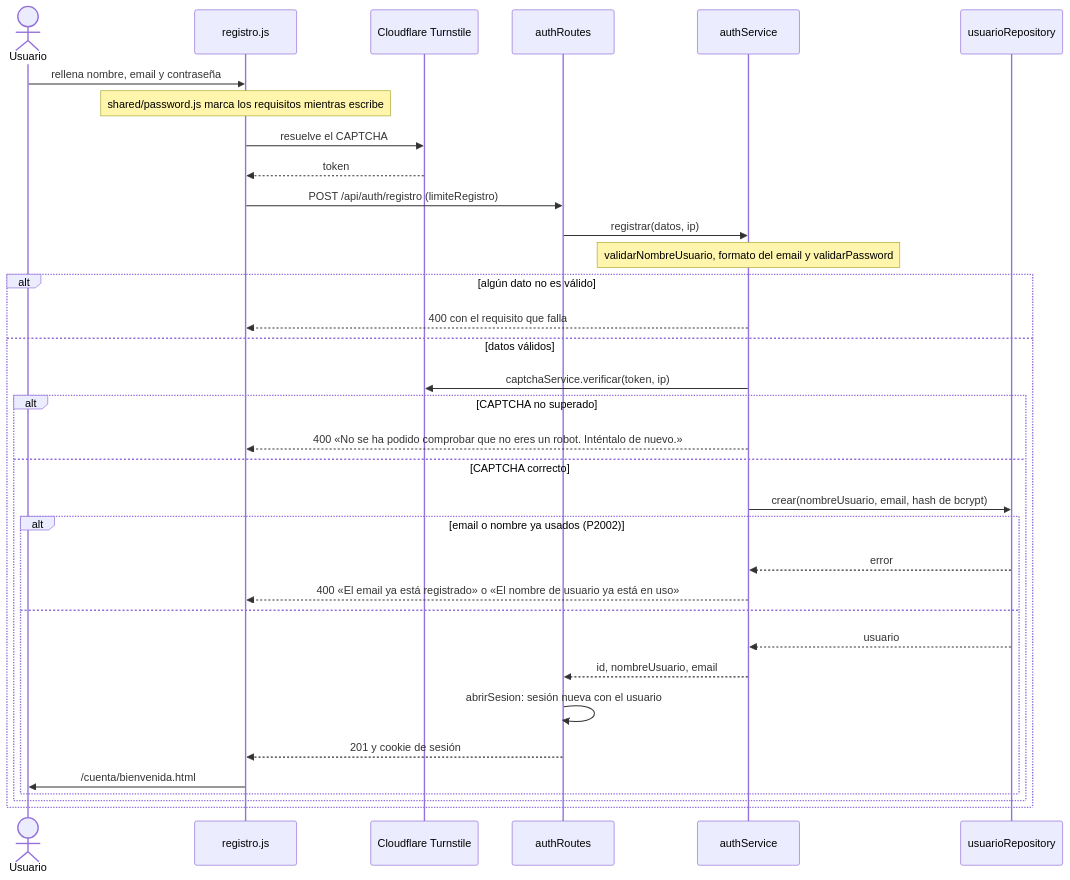
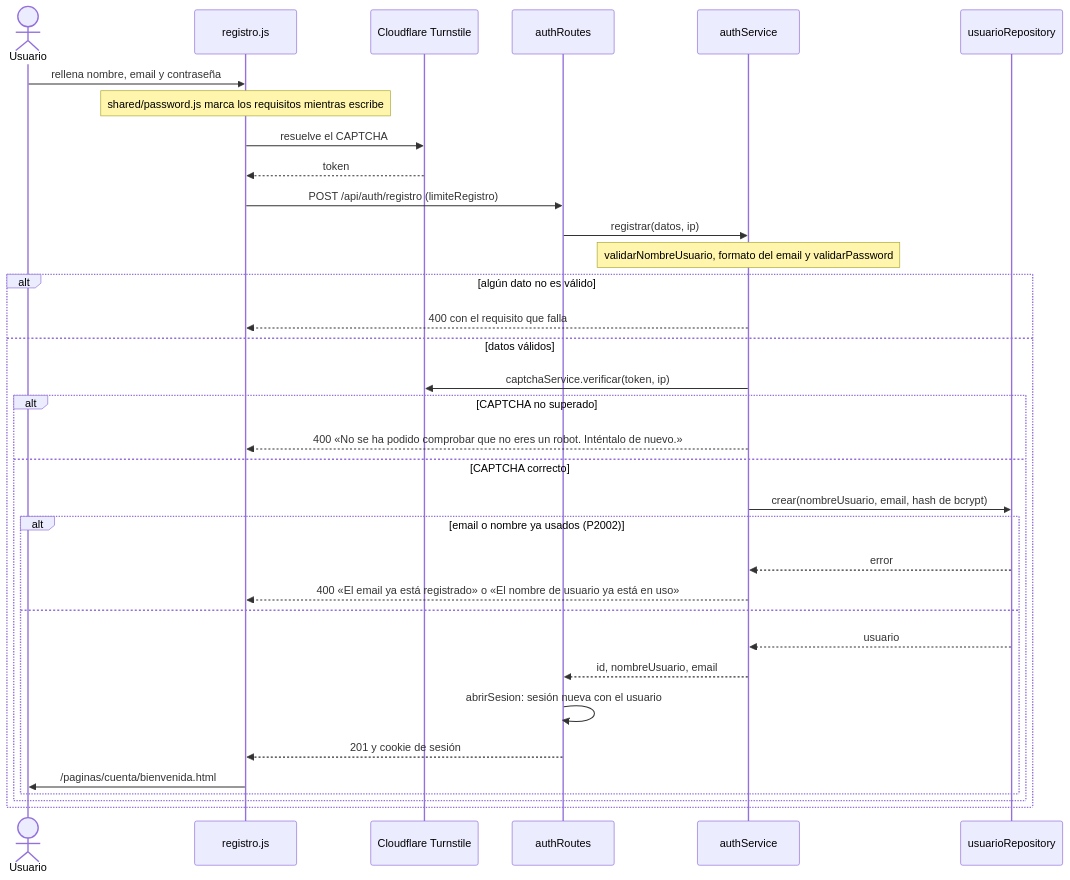
The first of 16 diagrams in documentacion/flujos.md (Matthew-PV/ISW-Practica), drawn with Mermaid before and after one commit. The commit also changed other lines of this file and 110 other files, not shown here.

````diff
--- a/documentacion/flujos.md
+++ b/documentacion/flujos.md
@@ -26,36 +26,36 @@
 ```mermaid
 sequenceDiagram
   actor U as Usuario
   participant P as registro.js
   participant CF as Cloudflare Turnstile
   participant R as authRoutes
   participant S as authService
   participant DB as usuarioRepository
   U->>P: rellena nombre, email y contraseña
   Note over P: shared/password.js marca los requisitos mientras escribe
   P->>CF: resuelve el CAPTCHA
   CF-->>P: token
   P->>R: POST /api/auth/registro (limiteRegistro)
   R->>S: registrar(datos, ip)
   Note over S: validarNombreUsuario, formato del email y validarPassword
   alt algún dato no es válido
     S-->>P: 400 con el requisito que falla
   else datos válidos
     S->>CF: captchaService.verificar(token, ip)
     alt CAPTCHA no superado
       S-->>P: 400 «No se ha podido comprobar que no eres un robot. Inténtalo de nuevo.»
     else CAPTCHA correcto
       S->>DB: crear(nombreUsuario, email, hash de bcrypt)
       alt email o nombre ya usados (P2002)
         DB-->>S: error
         S-->>P: 400 «El email ya está registrado» o «El nombre de usuario ya está en uso»
       else
         DB-->>S: usuario
         S-->>R: id, nombreUsuario, email
         R->>R: abrirSesion: sesión nueva con el usuario
         R-->>P: 201 y cookie de sesión
-        P->>U: /cuenta/bienvenida.html
+        P->>U: /paginas/cuenta/bienvenida.html
       end
     end
   end
 ```
````
